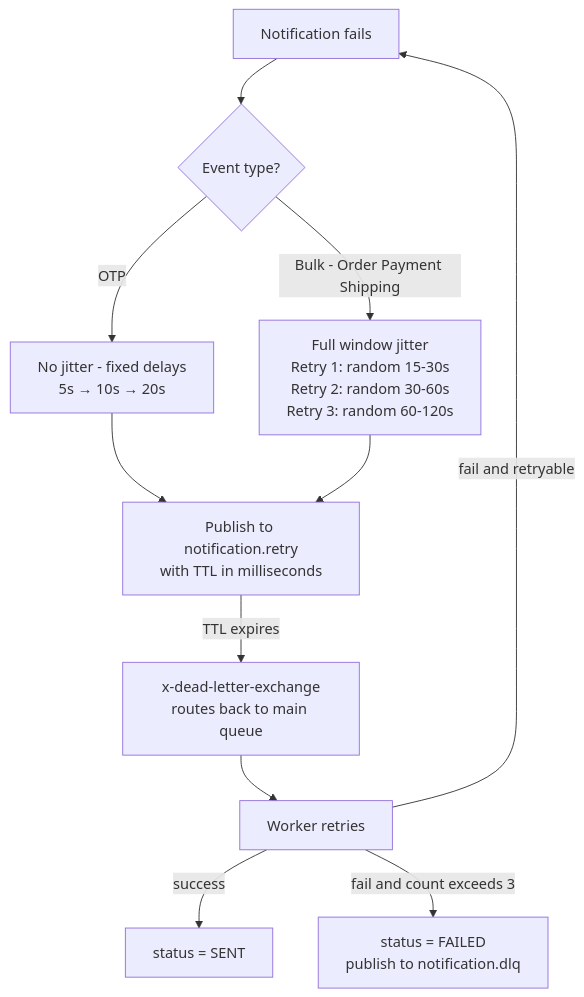
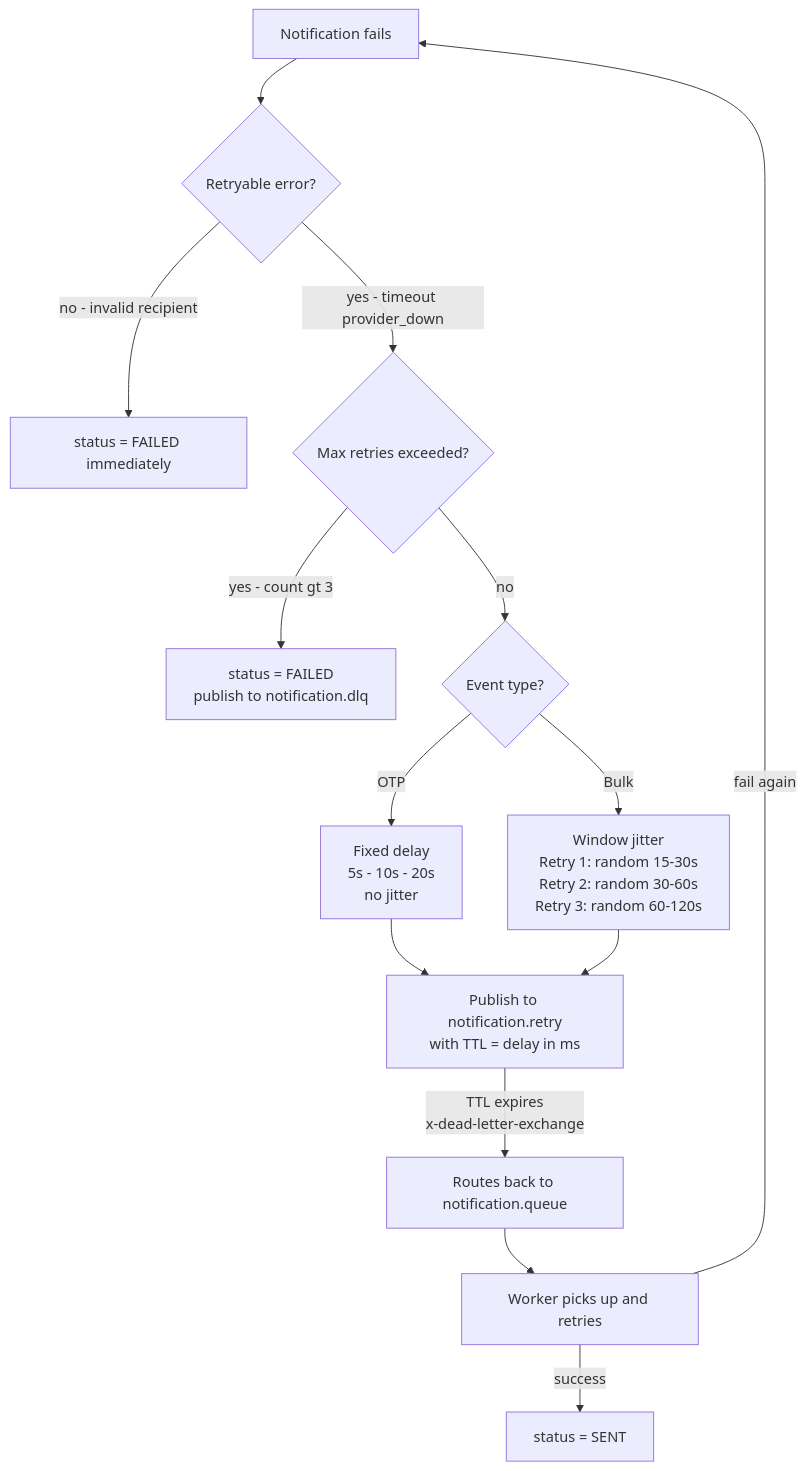
One commit to HariBejju/High-throughput-notification-engine changed the second of 2 diagrams in README.md. Above: the diagram before and after it, drawn with Mermaid. The commit also changed other lines of this file, not shown here.

````diff
--- a/README.md
+++ b/README.md
@@ -273,13 +265,16 @@
 ```mermaid
 flowchart TD
-    A[Notification fails] --> B{Event type?}
-    B -->|OTP| C[No jitter - fixed delays\n5s → 10s → 20s]
-    B -->|Bulk - Order Payment Shipping| D[Full window jitter\nRetry 1: random 15-30s\nRetry 2: random 30-60s\nRetry 3: random 60-120s]
-    C --> E[Publish to notification.retry\nwith TTL in milliseconds]
-    D --> E
-    E -->|TTL expires| F[x-dead-letter-exchange\nroutes back to main queue]
-    F --> G[Worker retries]
-    G -->|success| H[status = SENT]
-    G -->|fail and count exceeds 3| I[status = FAILED\npublish to notification.dlq]
-    G -->|fail and retryable| A
+    A[Notification fails] --> B{Retryable error?}
+    B -->|no - invalid recipient| C[status = FAILED immediately]
+    B -->|yes - timeout provider_down| D{Max retries exceeded?}
+    D -->|yes - count gt 3| E[status = FAILED\npublish to notification.dlq]
+    D -->|no| F{Event type?}
+    F -->|OTP| G[Fixed delay\n5s - 10s - 20s\nno jitter]
+    F -->|Bulk| H[Window jitter\nRetry 1: random 15-30s\nRetry 2: random 30-60s\nRetry 3: random 60-120s]
+    G --> I[Publish to notification.retry\nwith TTL = delay in ms]
+    H --> I
+    I -->|TTL expires\nx-dead-letter-exchange| J[Routes back to notification.queue]
+    J --> K[Worker picks up and retries]
+    K -->|success| L[status = SENT]
+    K -->|fail again| A
 ```
````
